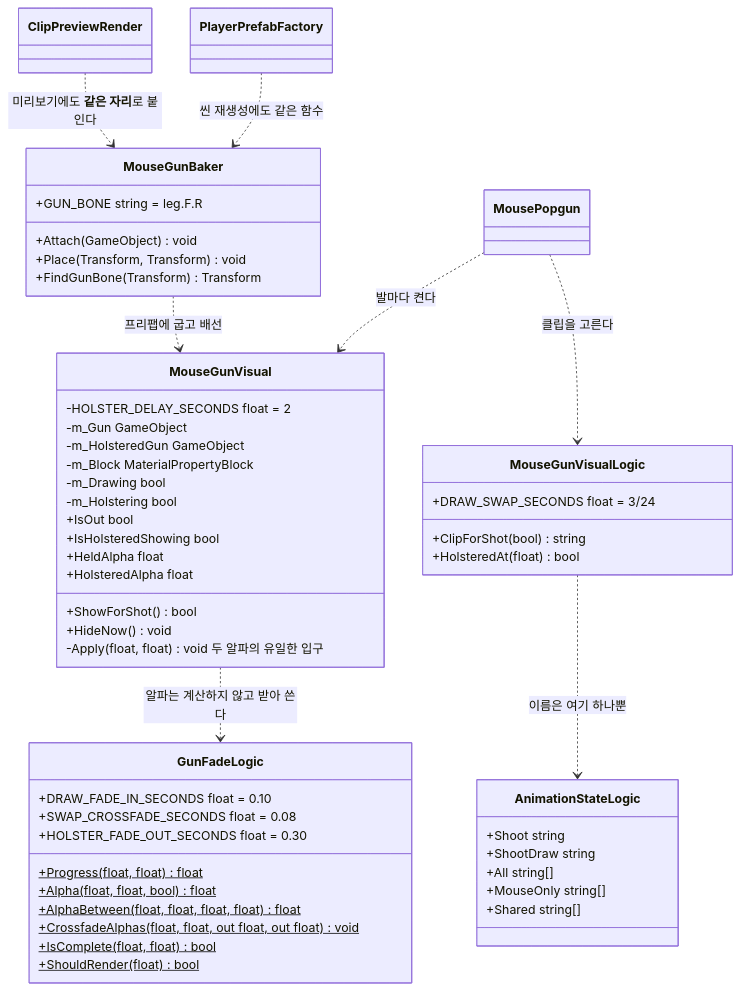
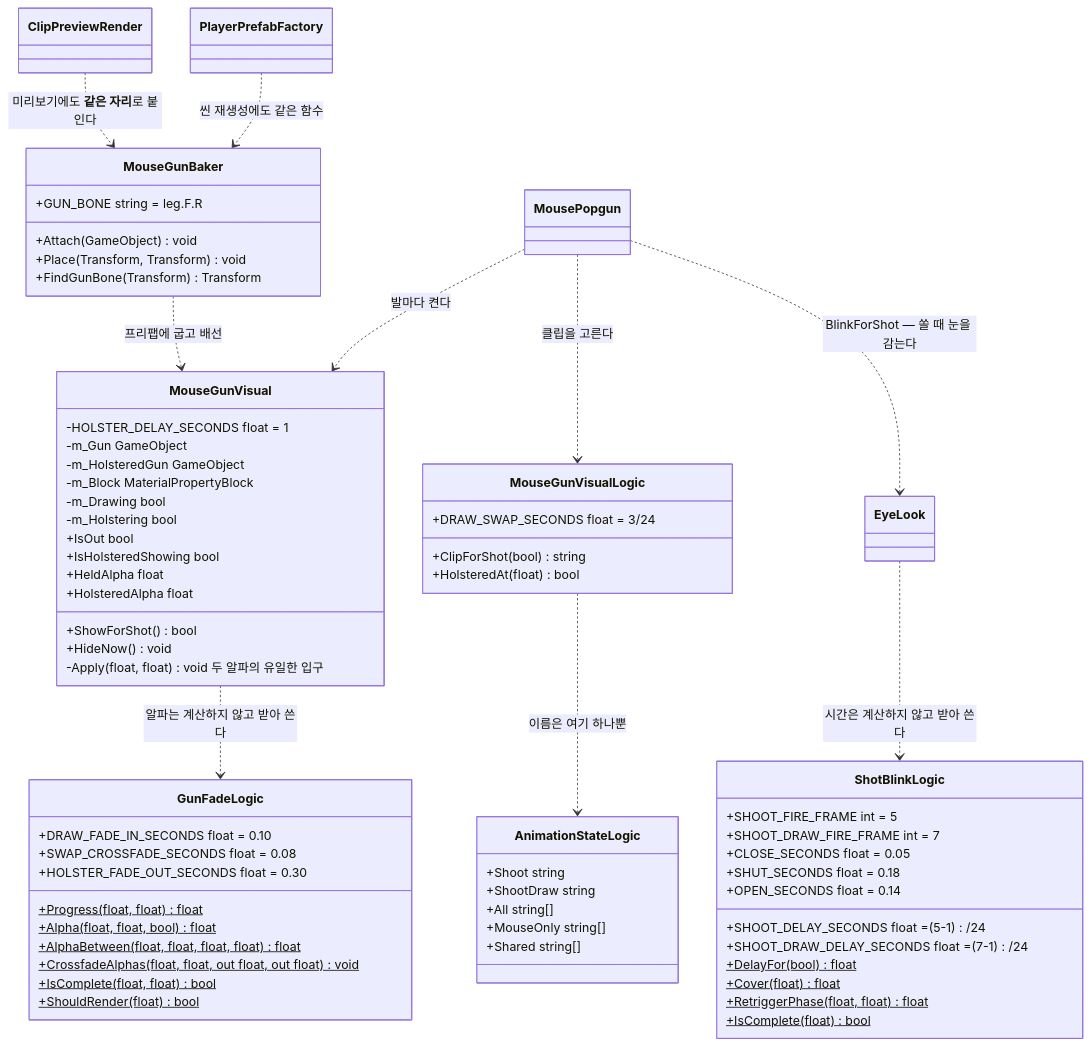
Before and after one commit to JeahanPark/The-Cheese-Thief-and-the-Cat: diagram 52 of 53 in CTC/docs/design-vault/코드 다이어그램.md, drawn with Mermaid. The commit also changed other lines of this file and 7 other files, not shown here.

````diff
--- a/CTC/docs/design-vault/코드 다이어그램.md
+++ b/CTC/docs/design-vault/코드 다이어그램.md
@@ -2933,54 +2956,69 @@
 ```mermaid
 classDiagram
     class MouseGunVisual {
-        -HOLSTER_DELAY_SECONDS float = 2
+        -HOLSTER_DELAY_SECONDS float = 1
         -m_Gun GameObject
         -m_HolsteredGun GameObject
         -m_Block MaterialPropertyBlock
         -m_Drawing bool
         -m_Holstering bool
         +IsOut bool
         +IsHolsteredShowing bool
         +HeldAlpha float
         +HolsteredAlpha float
         +ShowForShot() bool
         +HideNow() void
         -Apply(float, float) void 두 알파의 유일한 입구
     }
     class MouseGunVisualLogic {
         +DRAW_SWAP_SECONDS float = 3/24
         +ClipForShot(bool) string
         +HolsteredAt(float) bool
     }
     class GunFadeLogic {
         +DRAW_FADE_IN_SECONDS float = 0.10
         +SWAP_CROSSFADE_SECONDS float = 0.08
         +HOLSTER_FADE_OUT_SECONDS float = 0.30
         +Progress(float, float)$ float
         +Alpha(float, float, bool)$ float
         +AlphaBetween(float, float, float, float)$ float
         +CrossfadeAlphas(float, float, out float, out float)$ void
         +IsComplete(float, float)$ bool
         +ShouldRender(float)$ bool
     }
     class AnimationStateLogic {
         +Shoot string
         +ShootDraw string
         +All string[]
         +MouseOnly string[]
         +Shared string[]
     }
     class MouseGunBaker {
         +GUN_BONE string = leg.F.R
         +Attach(GameObject) void
         +Place(Transform, Transform) void
         +FindGunBone(Transform) Transform
     }
+    class ShotBlinkLogic {
+        +SHOOT_FIRE_FRAME int = 5
+        +SHOOT_DRAW_FIRE_FRAME int = 7
+        +SHOOT_DELAY_SECONDS float = (5-1)/24
+        +SHOOT_DRAW_DELAY_SECONDS float = (7-1)/24
+        +CLOSE_SECONDS float = 0.05
+        +SHUT_SECONDS float = 0.18
+        +OPEN_SECONDS float = 0.14
+        +DelayFor(bool)$ float
+        +Cover(float)$ float
+        +RetriggerPhase(float, float)$ float
+        +IsComplete(float)$ bool
+    }
     MousePopgun ..> MouseGunVisual : 발마다 켠다
     MousePopgun ..> MouseGunVisualLogic : 클립을 고른다
+    MousePopgun ..> EyeLook : BlinkForShot — 쏠 때 눈을 감는다
+    EyeLook ..> ShotBlinkLogic : 시간은 계산하지 않고 받아 쓴다
     MouseGunVisual ..> GunFadeLogic : 알파는 계산하지 않고 받아 쓴다
     MouseGunVisualLogic ..> AnimationStateLogic : 이름은 여기 하나뿐
     MouseGunBaker ..> MouseGunVisual : 프리팹에 굽고 배선
     ClipPreviewRender ..> MouseGunBaker : 미리보기에도 **같은 자리**로 붙인다
     PlayerPrefabFactory ..> MouseGunBaker : 씬 재생성에도 같은 함수
 ```
````
